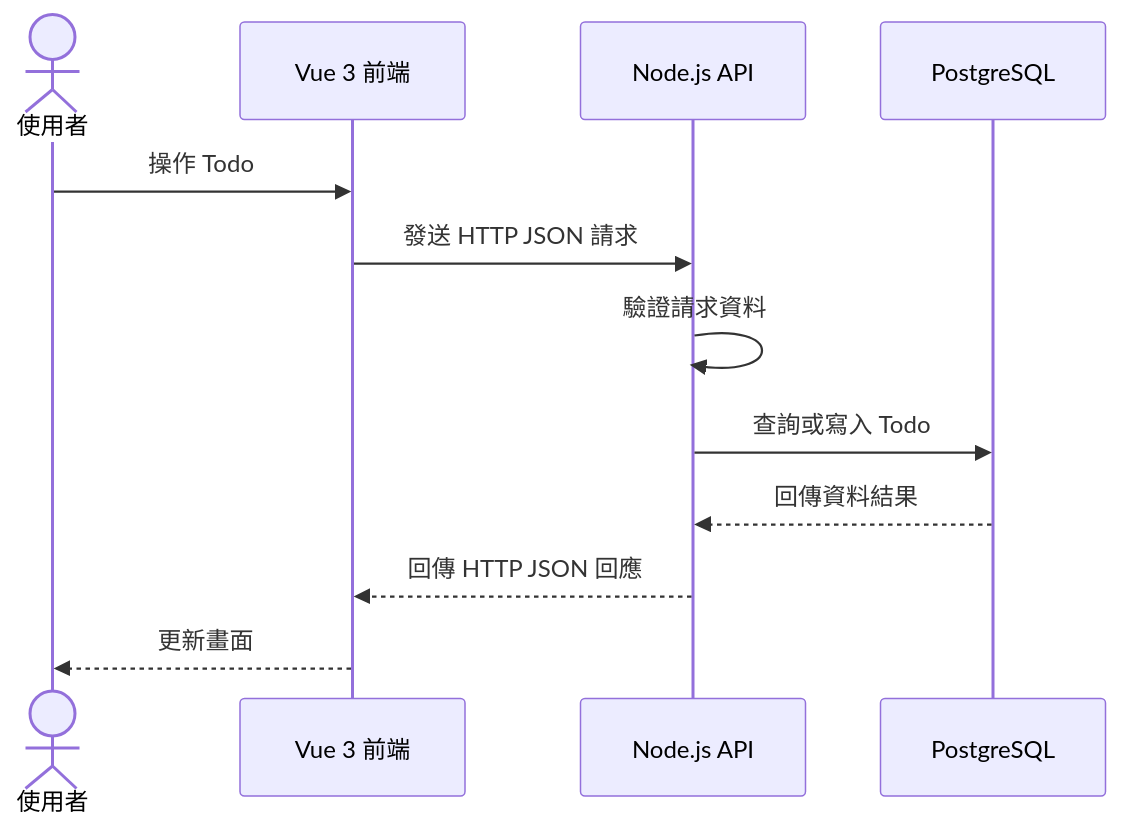
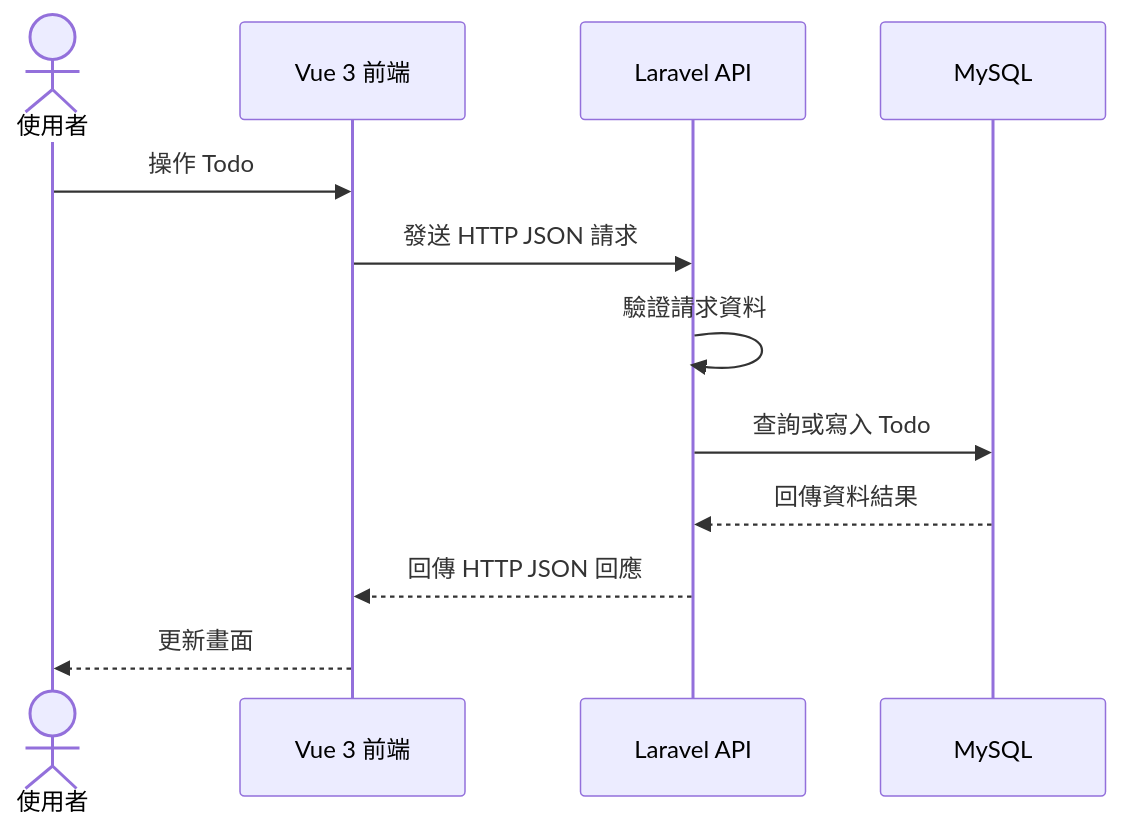
Before and after one commit to annie-clickforce/todo-fullstack: the third of 3 diagrams in docs/architecture.md, drawn with Mermaid. The commit also changed other lines of this file and 3 other files, not shown here.

First line of the commit message:
docs:文件同步改為 MySQL 與 Laravel

````diff
--- a/docs/architecture.md
+++ b/docs/architecture.md
@@ -47,15 +46,15 @@
 ```mermaid
 sequenceDiagram
     actor User as 使用者
     participant Web as Vue 3 前端
-    participant API as Node.js API
-    participant DB as PostgreSQL
+    participant API as Laravel API
+    participant DB as MySQL
 
     User->>Web: 操作 Todo
     Web->>API: 發送 HTTP JSON 請求
     API->>API: 驗證請求資料
     API->>DB: 查詢或寫入 Todo
     DB-->>API: 回傳資料結果
     API-->>Web: 回傳 HTTP JSON 回應
     Web-->>User: 更新畫面
 ```
````
